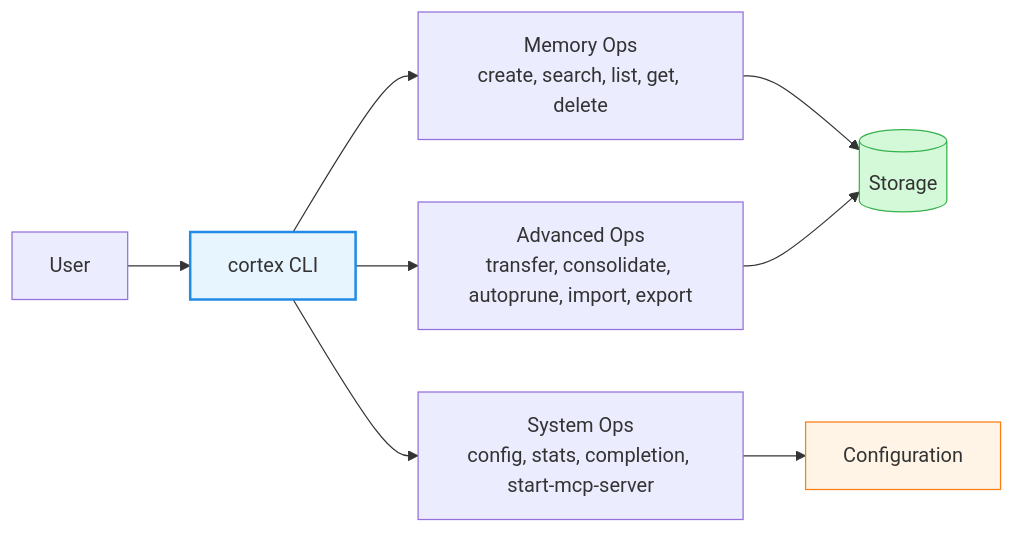
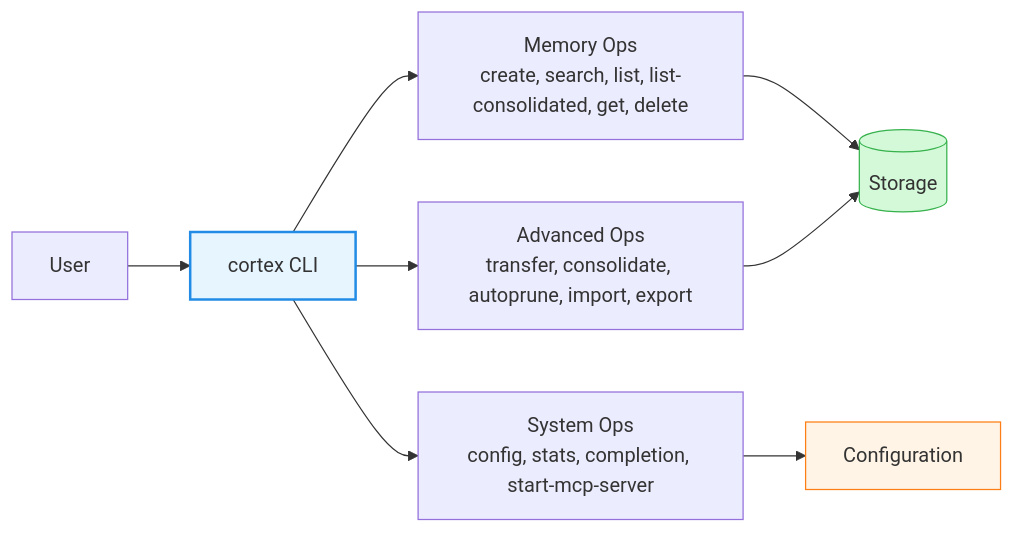
The first of 5 diagrams in docs/cli/reference.md (fmatsos/cortex), drawn with Mermaid before and after one commit. The commit also changed other lines of this file and 11 other files, not shown here.

````diff
--- a/docs/cli/reference.md
+++ b/docs/cli/reference.md
@@ -21,16 +21,16 @@
 ```mermaid
 graph LR
     User[User] --> CLI[cortex CLI]
 
-    CLI --> MO[Memory Ops<br/>create, search, list, get, delete]
+    CLI --> MO[Memory Ops<br/>create, search, list, list-consolidated, get, delete]
     CLI --> AO[Advanced Ops<br/>transfer, consolidate, autoprune, import, export]
     CLI --> SO[System Ops<br/>config, stats, completion, start-mcp-server]
 
     MO --> Storage[(Storage)]
     AO --> Storage
     SO --> Config[Configuration]
 
     style CLI fill:#e7f5ff,stroke:#228be6,stroke-width:2px
     style Storage fill:#d3f9d8,stroke:#37b24d
     style Config fill:#fff4e6,stroke:#fd7e14
 ```
````
